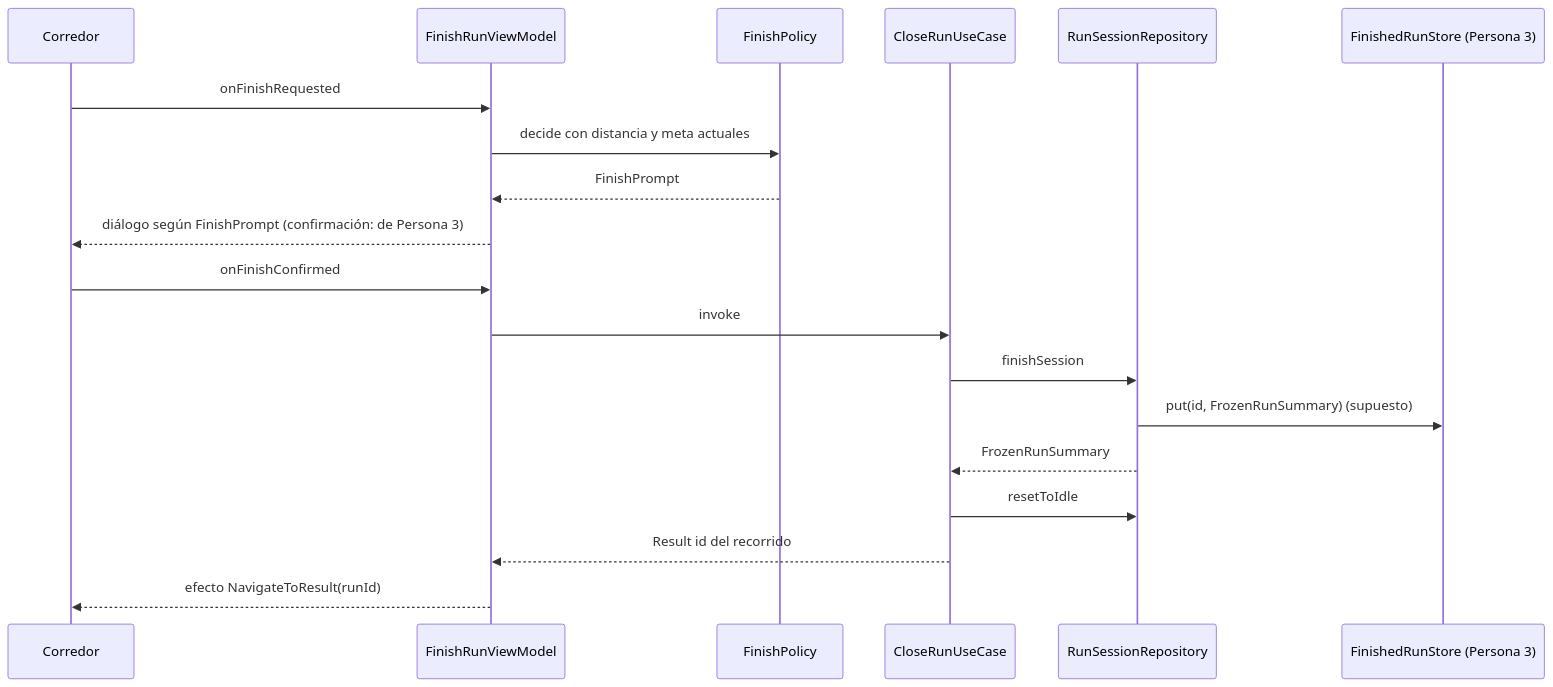
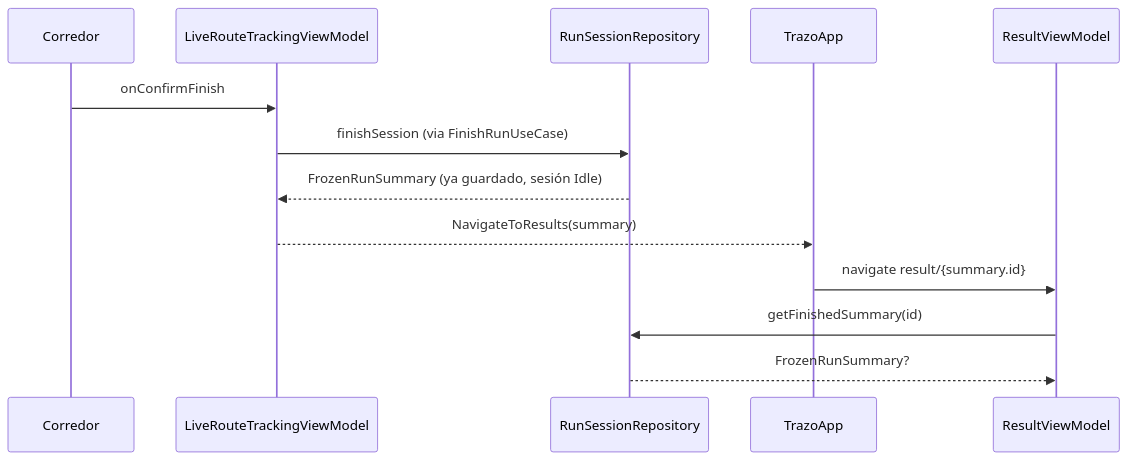
One commit to unlam-tec-movil/A3-2026-H2-E2 changed the third of 3 diagrams in .kiro/specs/finish-run-result/design.md. Above: the diagram before and after it, drawn with Mermaid. The commit also changed other lines of this file and 1 other file, not shown here.

Commit message:
docs(spec): finish-run-result se alinea con el código real de HU-04

````diff
--- a/.kiro/specs/finish-run-result/design.md
+++ b/.kiro/specs/finish-run-result/design.md
@@ -255,21 +234,15 @@
 ```mermaid
 sequenceDiagram
     participant U as Corredor
-    participant VM as FinishRunViewModel
-    participant P as FinishPolicy
-    participant C as CloseRunUseCase
+    participant VM as LiveRouteTrackingViewModel
     participant R as RunSessionRepository
-    participant F as FinishedRunStore (Persona 3)
-    U->>VM: onFinishRequested
-    VM->>P: decide con distancia y meta actuales
-    P-->>VM: FinishPrompt
-    VM-->>U: diálogo según FinishPrompt (confirmación: de Persona 3)
-    U->>VM: onFinishConfirmed
-    VM->>C: invoke
-    C->>R: finishSession
-    R->>F: put(id, FrozenRunSummary) (supuesto)
-    R-->>C: FrozenRunSummary
-    C->>R: resetToIdle
-    C-->>VM: Result id del recorrido
-    VM-->>U: efecto NavigateToResult(runId)
+    participant App as TrazoApp
+    participant RVM as ResultViewModel
+    U->>VM: onConfirmFinish
+    VM->>R: finishSession (via FinishRunUseCase)
+    R-->>VM: FrozenRunSummary (ya guardado, sesión Idle)
+    VM-->>App: NavigateToResults(summary)
+    App->>RVM: navigate result/{summary.id}
+    RVM->>R: getFinishedSummary(id)
+    R-->>RVM: FrozenRunSummary?
 ```
````
